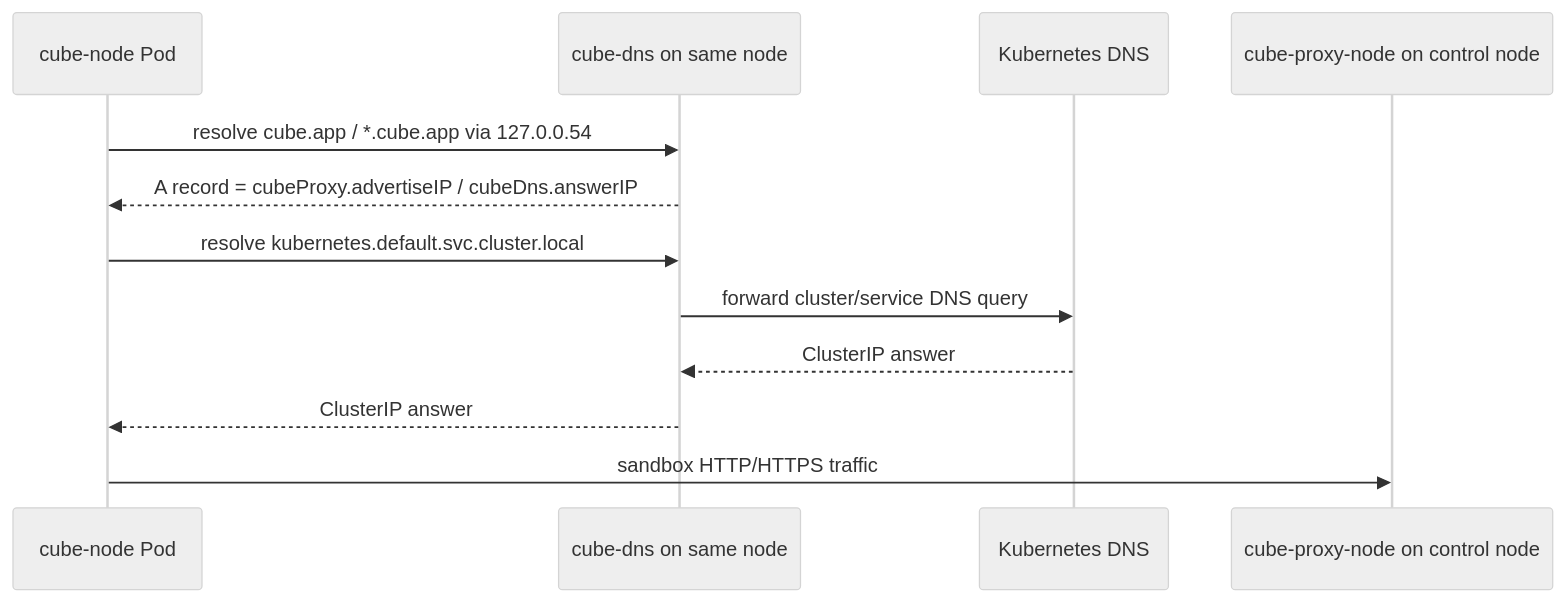
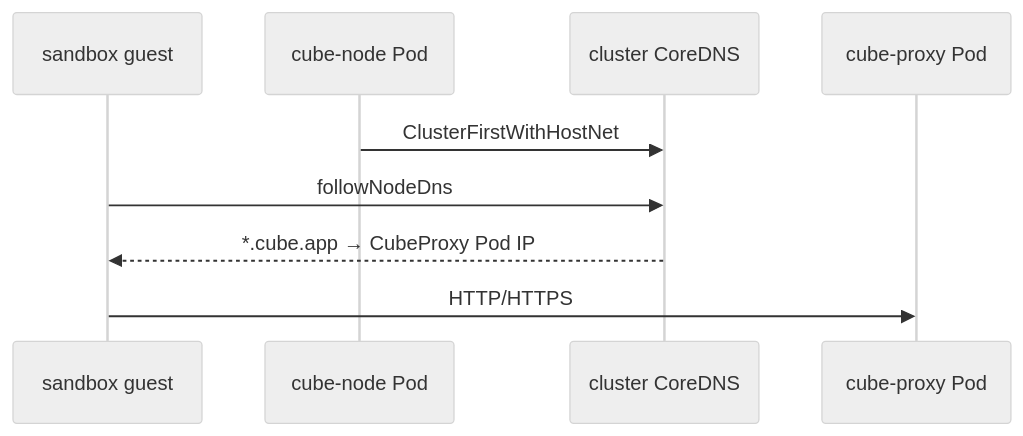
Before and after one commit to TencentCloud/CubeSandbox: the second of 11 diagrams in deploy/kubernetes/chart/docs/ARCHITECTURE.md, drawn with Mermaid (neutral theme). The commit also changed other lines of this file and 12 other files, not shown here.

First line of the commit message:
refactor(kubernetes): replace node-local cube-dns with cluster CoreDNS integration

````diff
--- a/deploy/kubernetes/chart/docs/ARCHITECTURE.md
+++ b/deploy/kubernetes/chart/docs/ARCHITECTURE.md
@@ -142,15 +146,12 @@
 ```mermaid
 sequenceDiagram
+  participant Guest as sandbox guest
   participant CN as cube-node Pod
-  participant DNS as cube-dns on same node
-  participant KDNS as Kubernetes DNS
-  participant PX as cube-proxy-node on control node
+  participant KDNS as cluster CoreDNS
+  participant PX as cube-proxy Pod
 
-  CN->>DNS: resolve cube.app / *.cube.app via 127.0.0.54
-  DNS-->>CN: A record = cubeProxy.advertiseIP / cubeDns.answerIP
-  CN->>DNS: resolve kubernetes.default.svc.cluster.local
-  DNS->>KDNS: forward cluster/service DNS query
-  KDNS-->>DNS: ClusterIP answer
-  DNS-->>CN: ClusterIP answer
-  CN->>PX: sandbox HTTP/HTTPS traffic
+  CN->>KDNS: ClusterFirstWithHostNet
+  Guest->>KDNS: followNodeDns
+  KDNS-->>Guest: *.cube.app → CubeProxy Pod IP
+  Guest->>PX: HTTP/HTTPS
 ```
````
